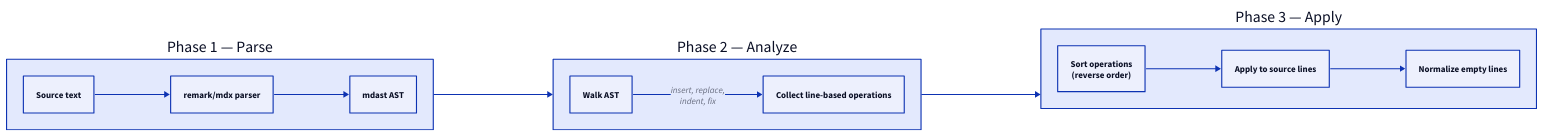
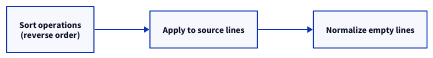
The third of 4 diagrams in doc/src/content/docs/architecture/index.mdx (Takazudo/mdx-formatter), drawn with D2 before and after one commit. The commit also changed other lines of this file and 4 other files, not shown here.

First line of the commit message:
[doc] Split three-phase diagram into separate D2 diagrams for readability

````diff
--- a/doc/src/content/docs/architecture/index.mdx
+++ b/doc/src/content/docs/architecture/index.mdx
@@ -25,26 +41,4 @@
 ```d2 pad=20
 direction: right
-
-parse: Phase 1 — Parse {
-  source: Source text
-  parser: remark/mdx parser
-  ast: mdast AST
-  source -> parser -> ast
-}
-
-analyze: Phase 2 — Analyze {
-  walk: Walk AST
-  ops: Collect line-based operations
-  walk -> ops: "insert, replace,\nindent, fix"
-}
-
-apply: Phase 3 — Apply {
-  sort: Sort operations\n(reverse order)
-  lines: Apply to source lines
-  normalize: Normalize empty lines
-  sort -> lines -> normalize
-}
-
-parse -> analyze
-analyze -> apply
+"Sort operations\n(reverse order)" -> Apply to source lines -> Normalize empty lines
 ```
````
